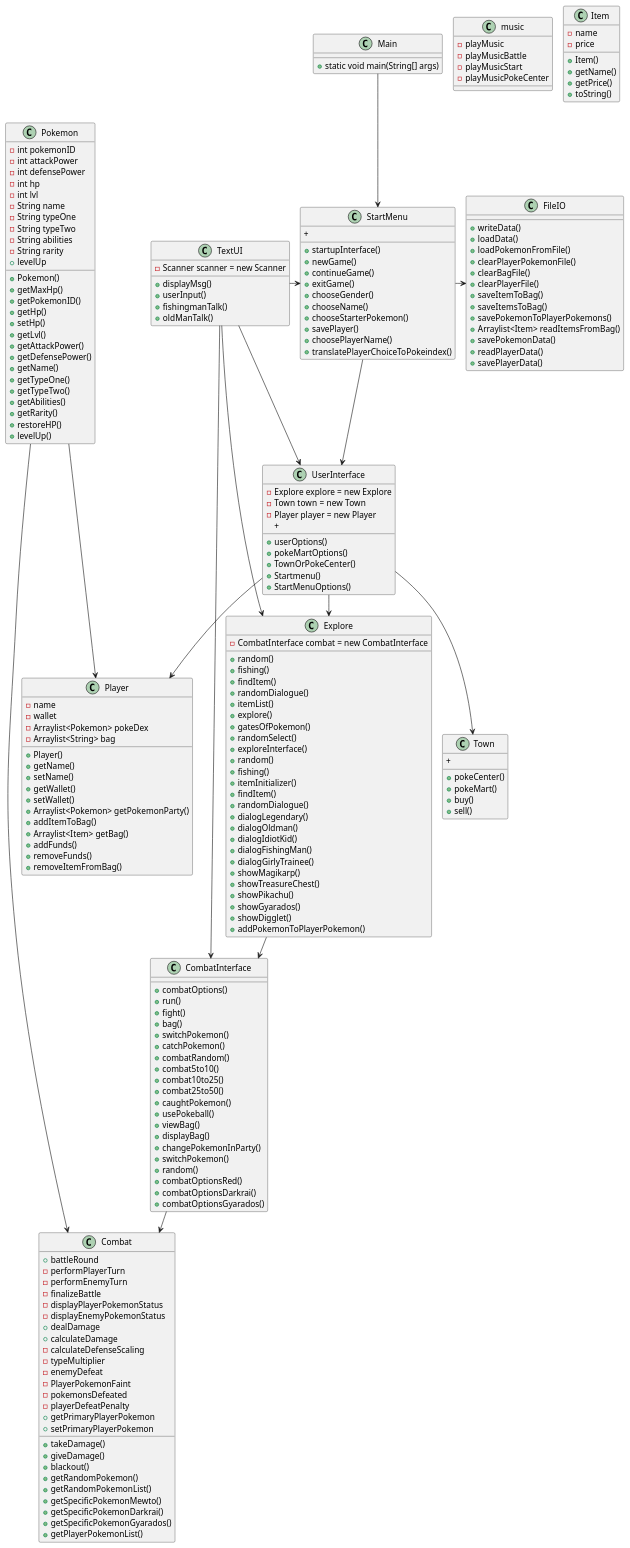
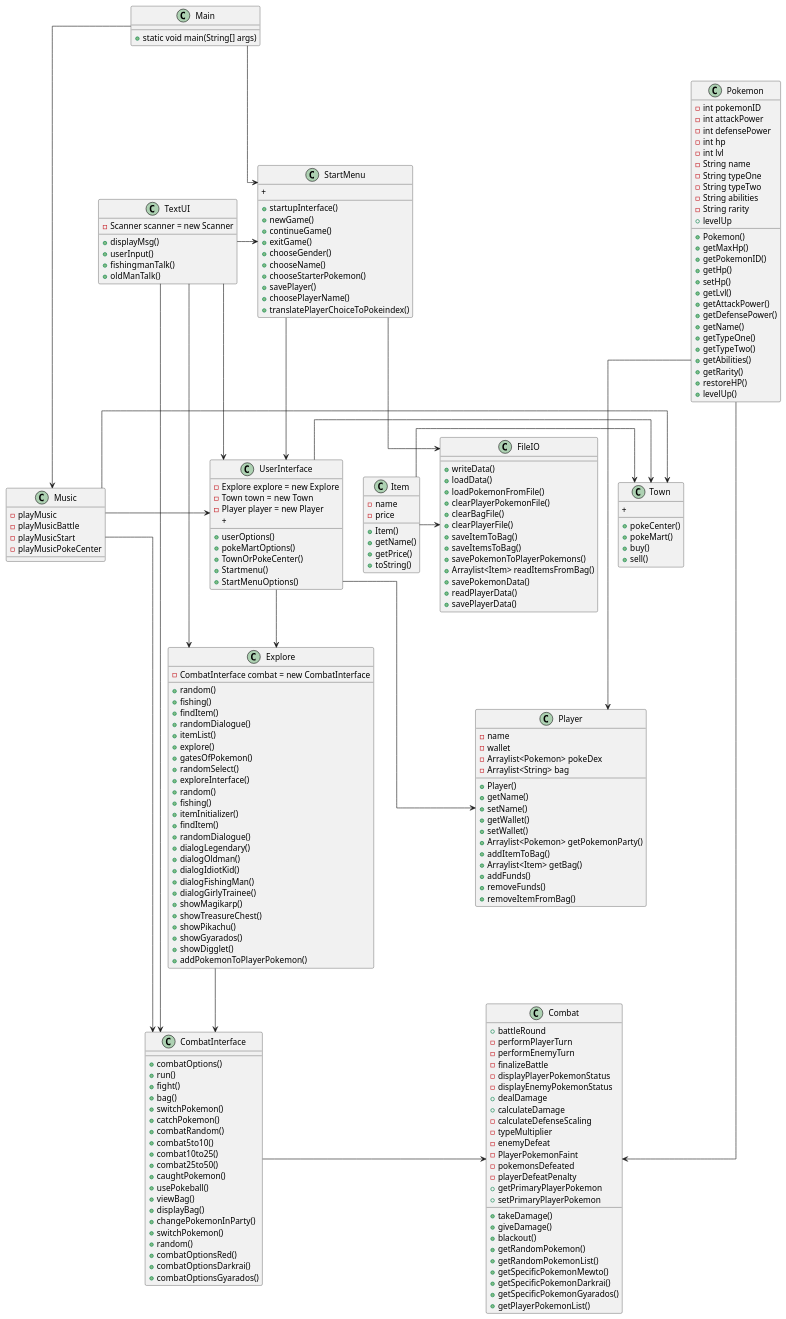
Before and after one commit to Maximitas/ICE: the diagram in Diagrams/ClassDiagram.puml, drawn with PlantUML. The commit also changed 3 other files, not shown here.

Commit message:
Main and class diagram fixed

```diff
--- a/Diagrams/ClassDiagram.puml
+++ b/Diagrams/ClassDiagram.puml
@@ -1,5 +1,4 @@
 @startuml
-!pragma layout smetana
 'https://plantuml.com/class-diagram
 skinparam linetype polyline
 skinparam linetype ortho
@@ -53,7 +52,7 @@
 + levelUp
 
 }
-class music{
+class Music{
 - playMusic
 - playMusicBattle
 - playMusicStart
@@ -218,17 +217,23 @@
 Main --> StartMenu
 StartMenu --> UserInterface
 UserInterface --> Player
-UserInterface --> Town
+UserInterface -> Town
 UserInterface --> Explore
 Explore --> CombatInterface
-CombatInterface --> Combat
+CombatInterface -> Combat
 Pokemon ---> Player
 Pokemon ---> Combat
-StartMenu -> FileIO
+StartMenu --> FileIO
 TextUI -> StartMenu
 TextUI --> UserInterface
 TextUI --> Explore
 TextUI --> CombatInterface
+Music -> CombatInterface
+Music -> Town
+Music -> UserInterface
+Main -> Music
+Item -> FileIO
+Item -> Town
 
 
 @enduml
```
